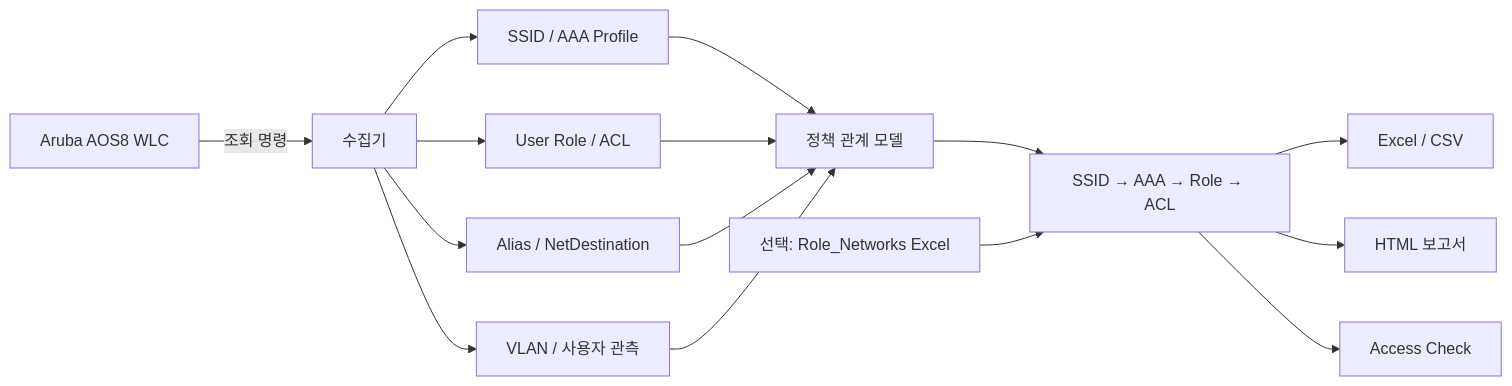
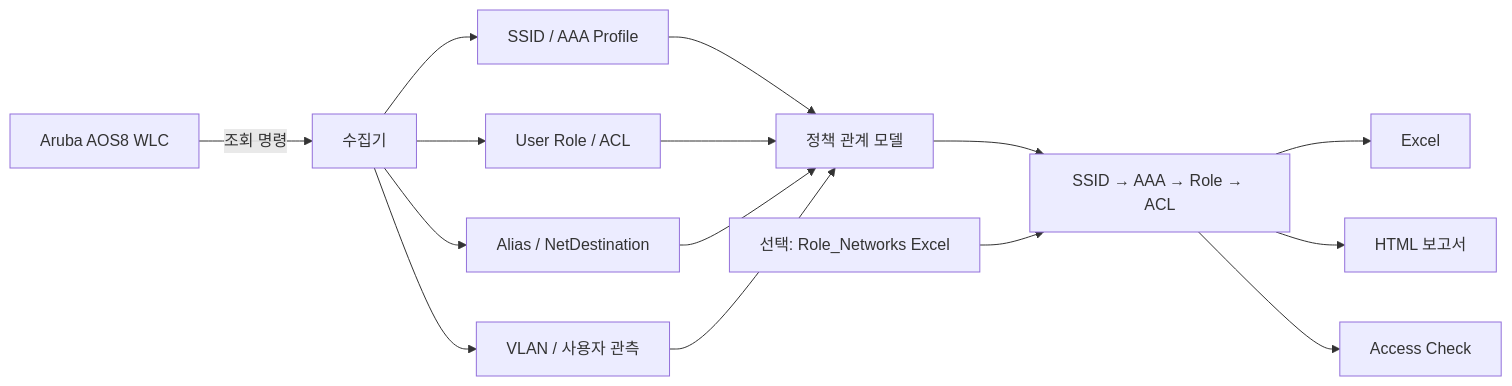
One commit to sebia1993/aruba-wireless-policy-mapper changed the diagram in README.md. Above: the diagram before and after it, drawn with Mermaid. The commit also changed other lines of this file and 5 other files, not shown here.

````diff
--- a/README.md
+++ b/README.md
@@ -64,20 +68,20 @@
 ```mermaid
 flowchart LR
     A["Aruba AOS8 WLC"] -->|"조회 명령"| B["수집기"]
     B --> C["SSID / AAA Profile"]
     B --> D["User Role / ACL"]
     B --> E["Alias / NetDestination"]
     B --> F["VLAN / 사용자 관측"]
 
     C --> G["정책 관계 모델"]
     D --> G
     E --> G
     F --> G
 
     G --> H["SSID → AAA → Role → ACL"]
-    H --> I["Excel / CSV"]
+    H --> I["Excel"]
     H --> J["HTML 보고서"]
     H --> K["Access Check"]
 
     L["선택: Role_Networks Excel"] --> H
 ```
````
